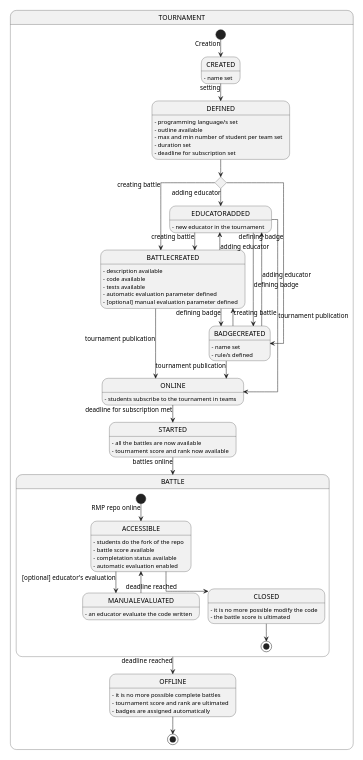
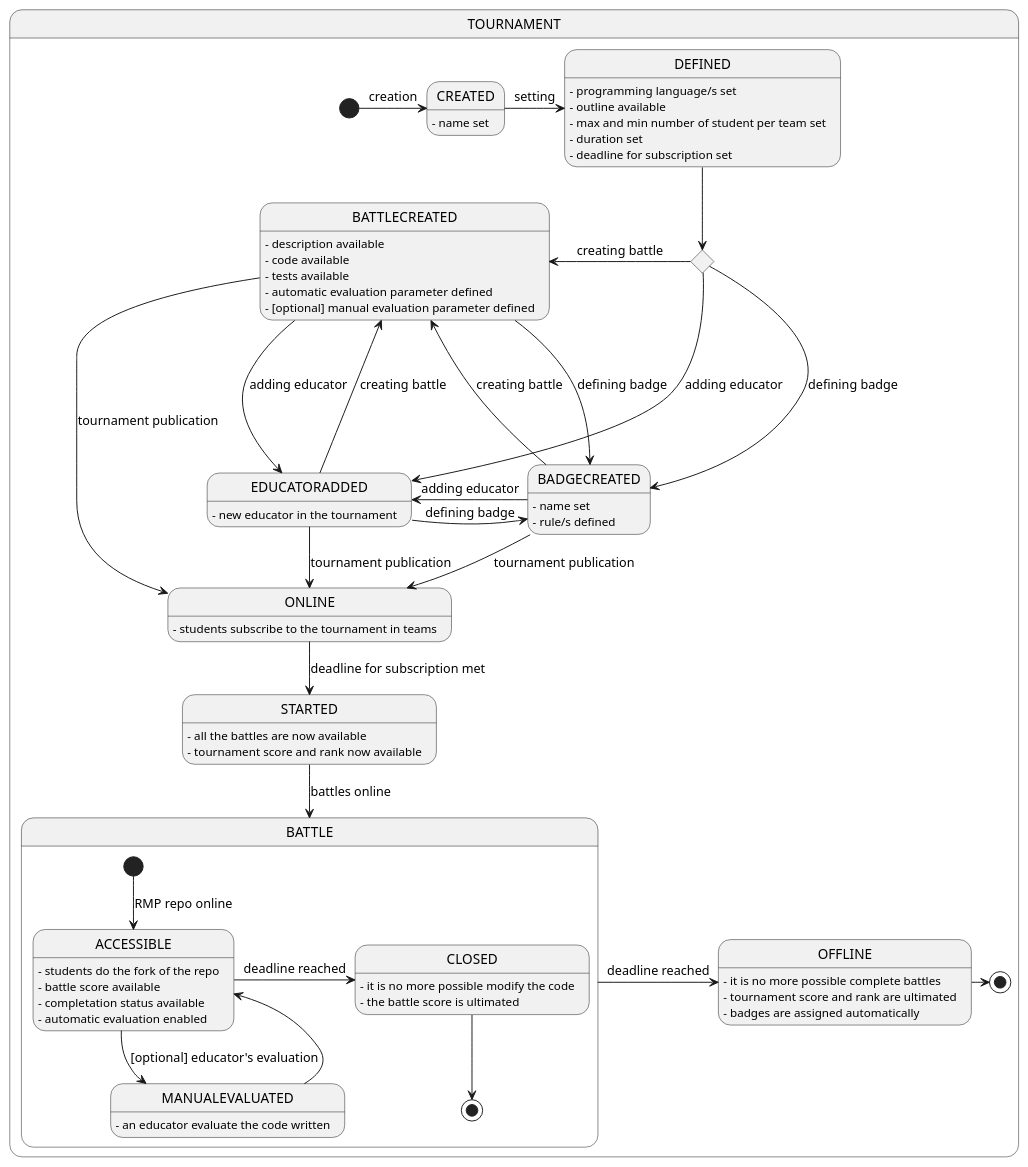
The diagram in _RASD/Images/UML/stateDiagram/stateDiagram.wsd (Angelo7672/SE2_Requirement-and-Design-Document), drawn with PlantUML before and after one commit. The commit also changed 3 other files, not shown here.

```diff
--- a/_RASD/Images/UML/stateDiagram/stateDiagram.wsd
+++ b/_RASD/Images/UML/stateDiagram/stateDiagram.wsd
@@ -1,91 +1,89 @@
 @startuml
-scale 1024 width
-scale 768 height
 
-skinparam linetype ortho
+
 
 state TOURNAMENT{
-    [*] --> CREATED: Creation
+    [*] -right-> CREATED: creation
 
     CREATED: - name set
 
-    CREATED --> DEFINED: setting
+    CREATED -right-> DEFINED: setting
 
     DEFINED: - programming language/s set
     DEFINED: - outline available
     DEFINED: - max and min number of student per team set
     DEFINED: - duration set
     DEFINED: - deadline for subscription set
 
     state c <<choice>>
 
-    DEFINED --> c
+    DEFINED -down-> c
 
-    c --> EDUCATORADDED: adding educator
+    c -down---> EDUCATORADDED: adding educator
 
     EDUCATORADDED: - new educator in the tournament
 
-    c --> BATTLECREATED: creating battle
+    c -left-> BATTLECREATED: creating battle
 
     BATTLECREATED: - description available
     BATTLECREATED: - code available
     BATTLECREATED: - tests available
     BATTLECREATED: - automatic evaluation parameter defined
     BATTLECREATED: - [optional] manual evaluation parameter defined
 
-    c --> BADGECREATED: defining badge
+    c -right-> BADGECREATED: defining badge
 
     BADGECREATED: - name set
     BADGECREATED: - rule/s defined
 
-    EDUCATORADDED --> BATTLECREATED: creating battle
-    BATTLECREATED --> EDUCATORADDED: adding educator
-    EDUCATORADDED --> BADGECREATED: defining badge
-    BADGECREATED --> EDUCATORADDED: adding educator
-    BATTLECREATED --> BADGECREATED: defining badge
-    BADGECREATED --> BATTLECREATED: creating battle
+    EDUCATORADDED -left-> BATTLECREATED: creating battle
+    BATTLECREATED -right-> EDUCATORADDED: adding educator
+    EDUCATORADDED -right-> BADGECREATED: defining badge
+    BADGECREATED -left-> EDUCATORADDED: adding educator
+    BATTLECREATED -right-> BADGECREATED: defining badge
+    BADGECREATED -left-> BATTLECREATED: creating battle
 
-    EDUCATORADDED --> ONLINE: tournament publication
-    BATTLECREATED --> ONLINE: tournament publication
-    BADGECREATED --> ONLINE: tournament publication
+    EDUCATORADDED -down-> ONLINE: tournament publication
+    BATTLECREATED -down-> ONLINE: tournament publication
+    BADGECREATED -down-> ONLINE: tournament publication
 
     ONLINE: - students subscribe to the tournament in teams
 
     ONLINE --> STARTED: deadline for subscription met
 
     STARTED: - all the battles are now available
     STARTED: - tournament score and rank now available
 
     STARTED --> BATTLE: battles online
 
     state BATTLE{
         [*] --> ACCESSIBLE: RMP repo online
 
         ACCESSIBLE: - students do the fork of the repo
         ACCESSIBLE: - battle score available
         ACCESSIBLE: - completation status available
         ACCESSIBLE: - automatic evaluation enabled
 
         ACCESSIBLE --> MANUALEVALUATED: [optional] educator's evaluation
 
         MANUALEVALUATED: - an educator evaluate the code written
 
         MANUALEVALUATED --> ACCESSIBLE
-        ACCESSIBLE --> CLOSED: deadline reached
+        ACCESSIBLE -right-> CLOSED: deadline reached
 
         CLOSED: - it is no more possible modify the code
         CLOSED: - the battle score is ultimated
 
         CLOSED --> [*]
     }
 
-    BATTLE --> OFFLINE: deadline reached
+    BATTLE -right-> OFFLINE: deadline reached
 
     OFFLINE: - it is no more possible complete battles
     OFFLINE: - tournament score and rank are ultimated
     OFFLINE: - badges are assigned automatically
 
-    OFFLINE --> [*]
+    OFFLINE -right-> [*]
 }
 
 @enduml
```
